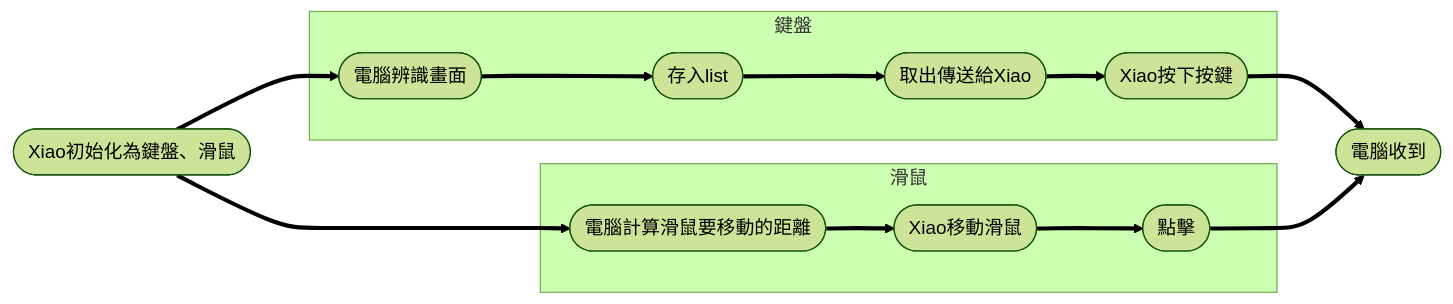
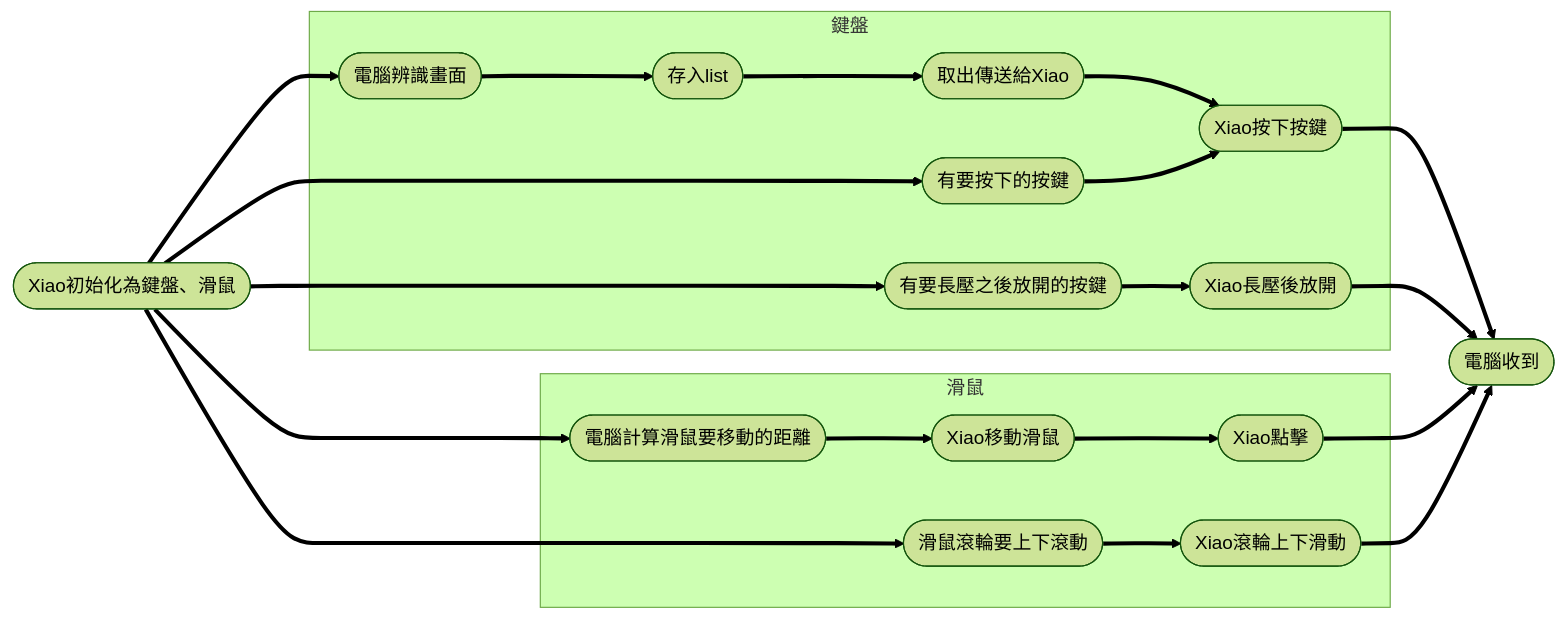
One commit to abc21086999/maple_script changed the diagram in README.md. Above: the diagram before and after it, drawn with Mermaid. The commit also changed other lines of this file, not shown here.

````diff
--- a/README.md
+++ b/README.md
@@ -7,40 +7,53 @@
 ```mermaid
 %%{init: {'theme': 'forest'} }%%
 graph LR;
 
-%% 第一步 
 step1([Xiao初始化為鍵盤、滑鼠])
 
-%% 第二步 []
 step2([電腦辨識畫面])
 
-%% 第三步 []
 step3([存入list])
 
-%% 第四步 []
 step4([取出傳送給Xiao])
 
-%% 第五步 []
 step5([Xiao按下按鍵])
 
-%% 第六步 []
 step6([電腦收到])
 
 step7([Xiao移動滑鼠])
 
 step8([電腦計算滑鼠要移動的距離])
 
-step9([點擊])
+step9([滑鼠滾輪要上下滾動])
+
+step10([Xiao滾輪上下滑動])
+
+step11([Xiao點擊])
+
+step12([有要按下的按鍵])
+
+step13([有要長壓之後放開的按鍵])
+
+step14([Xiao長壓後放開])
 
 %% 流程線 -->
 step1 ==> step2
 step1 ==> step8
+step1 ==> step9
+step1 ==> step12
+step1 ==> step13
 step5 ==> step6
-step9 ==> step6
+step14 ==> step6
+step11 ==> step6
+step10 ==> step6
+
 subgraph 鍵盤
 step2 ==> step3 ==> step4 ==> step5
+step12 ==> step5
+step13 ==> step14
 end
 subgraph 滑鼠
-step8 ==> step7 ==> step9
+step8 ==> step7 ==> step11
+step9 ==> step10
 end
 ```
````
